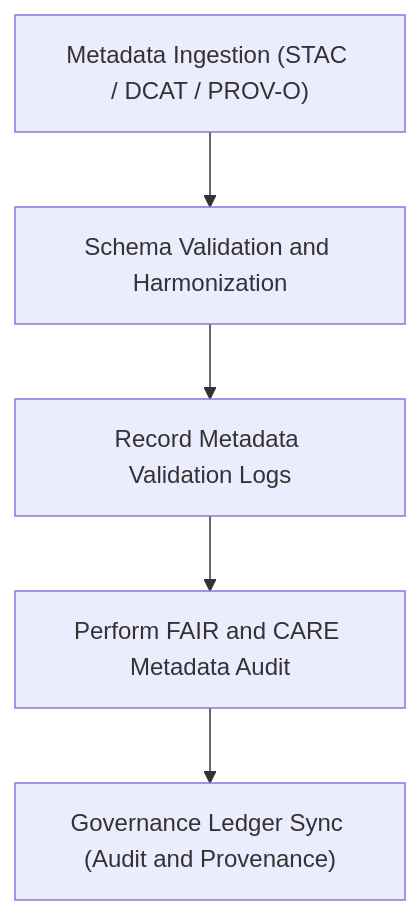
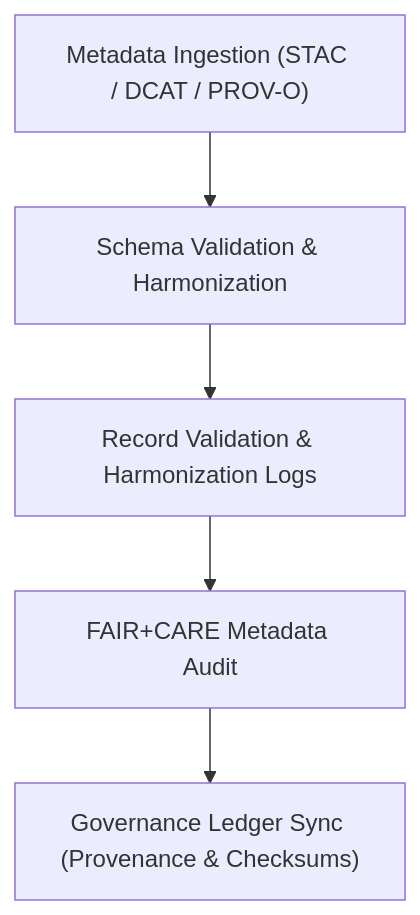
One commit to bartytime4life/Kansas-Frontier-Matrix changed the diagram in data/work/staging/metadata/logs/README.md. Above: the diagram before and after it, drawn with Mermaid. The commit also changed other lines of this file, not shown here.

````diff
--- a/data/work/staging/metadata/logs/README.md
+++ b/data/work/staging/metadata/logs/README.md
@@ -61,7 +65,7 @@
 ```mermaid
 flowchart TD
-    A["Metadata Ingestion (STAC / DCAT / PROV-O)"] --> B["Schema Validation and Harmonization"]
-    B --> C["Record Metadata Validation Logs"]
-    C --> D["Perform FAIR and CARE Metadata Audit"]
-    D --> E["Governance Ledger Sync (Audit and Provenance)"]
+    A["Metadata Ingestion (STAC / DCAT / PROV-O)"] --> B["Schema Validation & Harmonization"]
+    B --> C["Record Validation & Harmonization Logs"]
+    C --> D["FAIR+CARE Metadata Audit"]
+    D --> E["Governance Ledger Sync (Provenance & Checksums)"]
 ```
````
